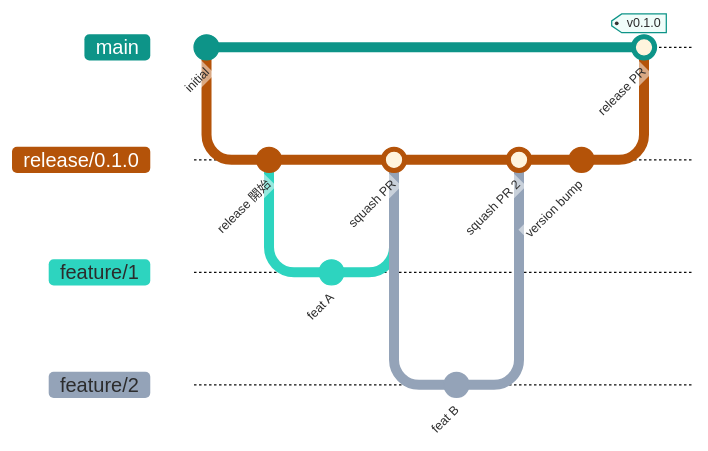
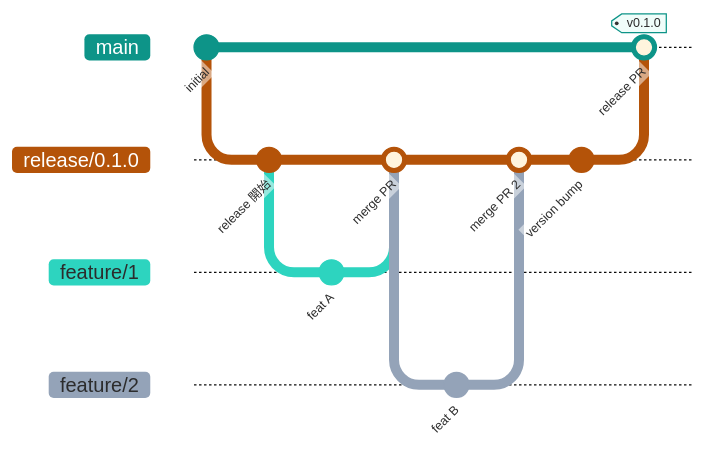
One commit to gospelo-dev/markterm changed the first of 3 diagrams in docs/operations/branch_strategy.md. Above: the diagram before and after it, drawn with Mermaid. The commit also changed other lines of this file and 1 other file, not shown here.

First line of the commit message:
chore(release): adopt merge commits everywhere and gate npm publish on tests

````diff
--- a/docs/operations/branch_strategy.md
+++ b/docs/operations/branch_strategy.md
@@ -26,18 +26,18 @@
 ```mermaid
 %%{init: {'theme': 'base', 'gitGraph': {'mainBranchName': 'main', 'showCommitLabel': true}, 'themeVariables': {'git0': '#0D9488', 'git1': '#B45309', 'git2': '#2DD4BF', 'git3': '#94A3B8', 'gitBranchLabel0': '#FFFFFF', 'gitBranchLabel1': '#FFFFFF', 'gitBranchLabel2': '#2C2C2C', 'gitBranchLabel3': '#2C2C2C', 'commitLabelColor': '#2C2C2C', 'commitLabelBackground': '#FFFFFF', 'tagLabelColor': '#2C2C2C', 'tagLabelBackground': '#F0FDFA', 'tagLabelBorder': '#0D9488'}}}%%
 gitGraph
     commit id: "initial"
     branch release/0.1.0
     commit id: "release 開始"
     branch feature/1
     commit id: "feat A"
     checkout release/0.1.0
-    merge feature/1 id: "squash PR"
+    merge feature/1 id: "merge PR"
     branch feature/2
     commit id: "feat B"
     checkout release/0.1.0
-    merge feature/2 id: "squash PR 2"
+    merge feature/2 id: "merge PR 2"
     commit id: "version bump"
     checkout main
     merge release/0.1.0 id: "release PR" tag: "v0.1.0"
 ```
````
